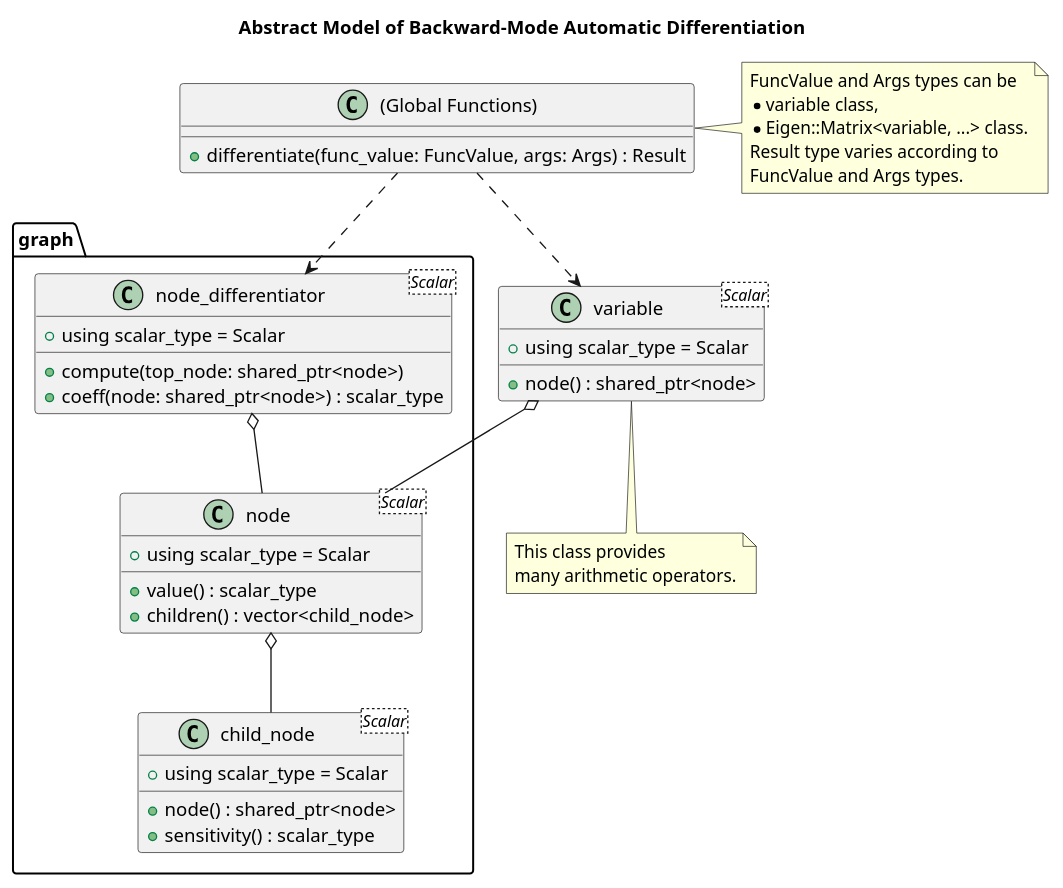
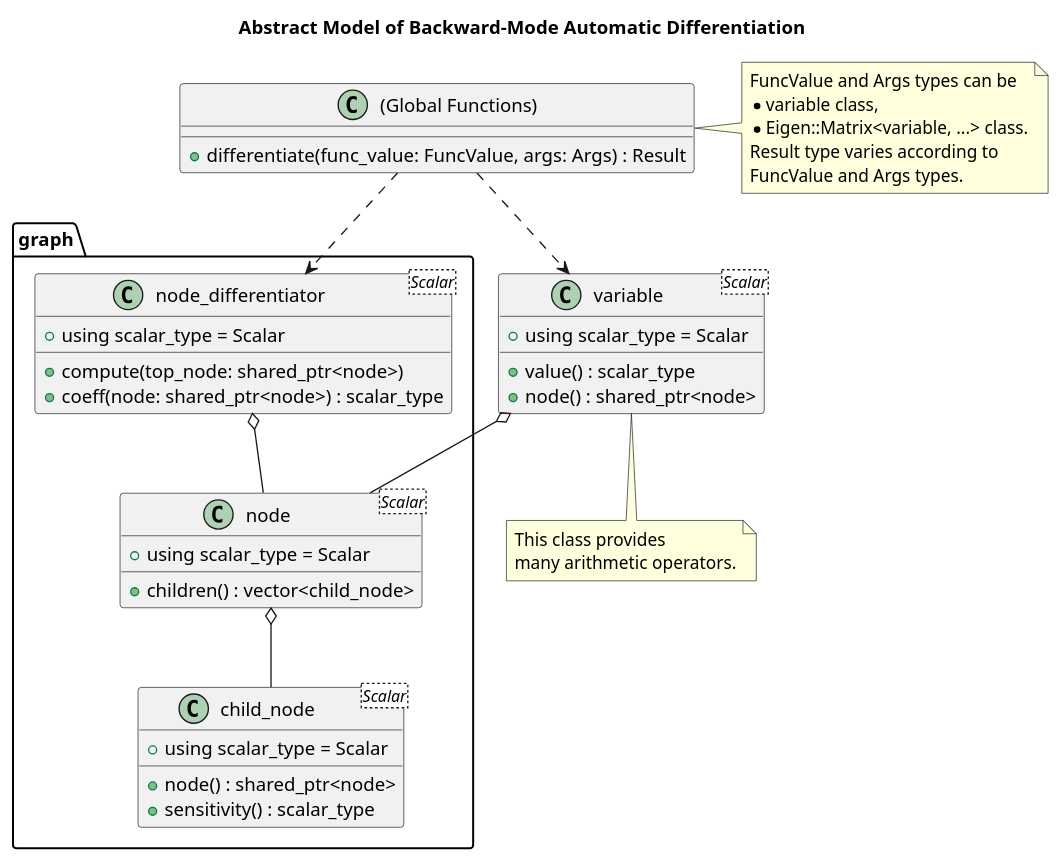
Before and after one commit to MusicScience37/numerical-collection-cpp: the diagram in doc/sphinx/src/basic_design/auto_diff.rst, drawn with PlantUML. The commit also changed 4 other files, not shown here.

```diff
--- a/doc/sphinx/src/basic_design/auto_diff.rst
+++ b/doc/sphinx/src/basic_design/auto_diff.rst
@@ -7,52 +7,52 @@
 .. uml::
 
     title Abstract Model of Backward-Mode Automatic Differentiation
 
     package graph {
         class child_node<Scalar> {
             + using scalar_type = Scalar
             + node() : shared_ptr<node>
             + sensitivity() : scalar_type
         }
 
         class node<Scalar> {
             + using scalar_type = Scalar
-            + value() : scalar_type
             + children() : vector<child_node>
         }
         node o-- child_node
 
         class node_differentiator<Scalar> {
             + using scalar_type = Scalar
             + compute(top_node: shared_ptr<node>)
             + coeff(node: shared_ptr<node>) : scalar_type
         }
         node_differentiator o-- node
     }
 
     class variable<Scalar> {
         + using scalar_type = Scalar
+        + value() : scalar_type
         + node() : shared_ptr<node>
     }
     variable o-- node
 
     note as variable_note
         This class provides
         many arithmetic operators.
     endnote
     variable .. variable_note
 
     class "(Global Functions)" as global_func_diff {
         + differentiate(func_value: FuncValue, args: Args) : Result
     }
     global_func_diff ..> variable
     global_func_diff ..> node_differentiator
 
     note as differentiate_note
         FuncValue and Args types can be
         * variable class,
         * Eigen::Matrix<variable, ...> class.
         Result type varies according to
         FuncValue and Args types.
     endnote
     global_func_diff . differentiate_note
```
